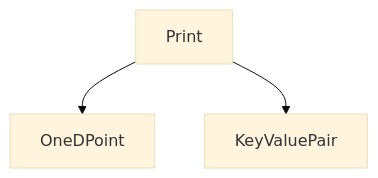
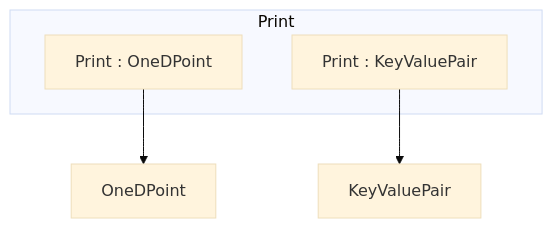
One commit to ssarkar2/Compilers changed the third of 3 diagrams in llvm/cpp_background/mixin_crtp/readme.md. Above: the diagram before and after it, drawn with Mermaid (base theme). The commit also changed other lines of this file and 1 other file, not shown here.

````diff
--- a/llvm/cpp_background/mixin_crtp/readme.md
+++ b/llvm/cpp_background/mixin_crtp/readme.md
@@ -62,5 +81,11 @@
 ```mermaid
 graph TD;
-    Print-->OneDPoint;
-    Print-->KeyValuePair;
+    Print1d["`Print : OneDPoint `"]
+    Printkv["`Print : KeyValuePair `"]
+    subgraph Print
+    Print1d
+    Printkv
+    end
+    Print1d-->OneDPoint;
+    Printkv-->KeyValuePair;
 ```
````
